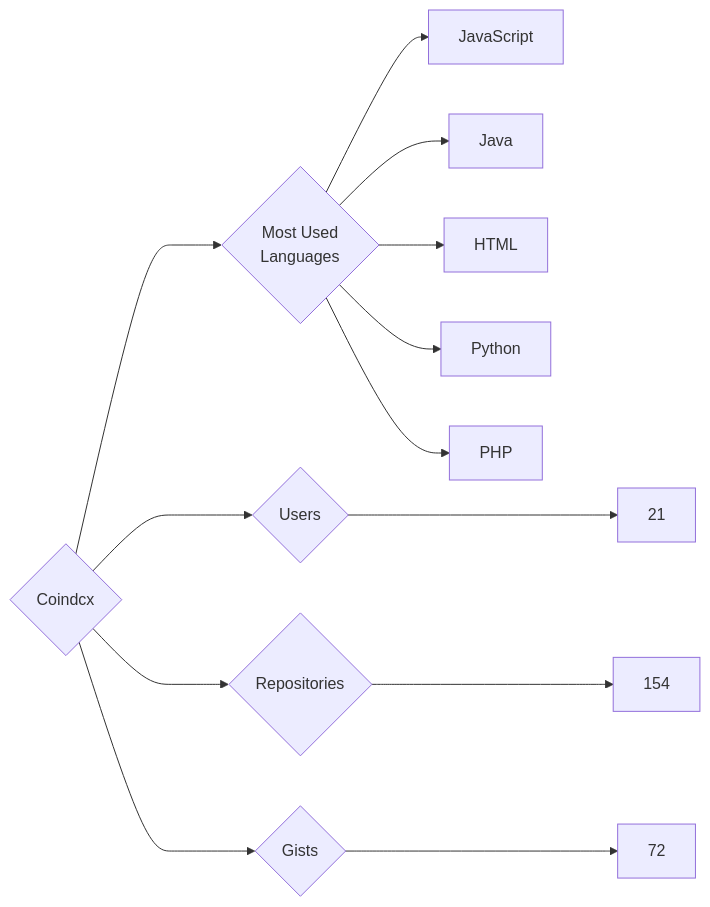
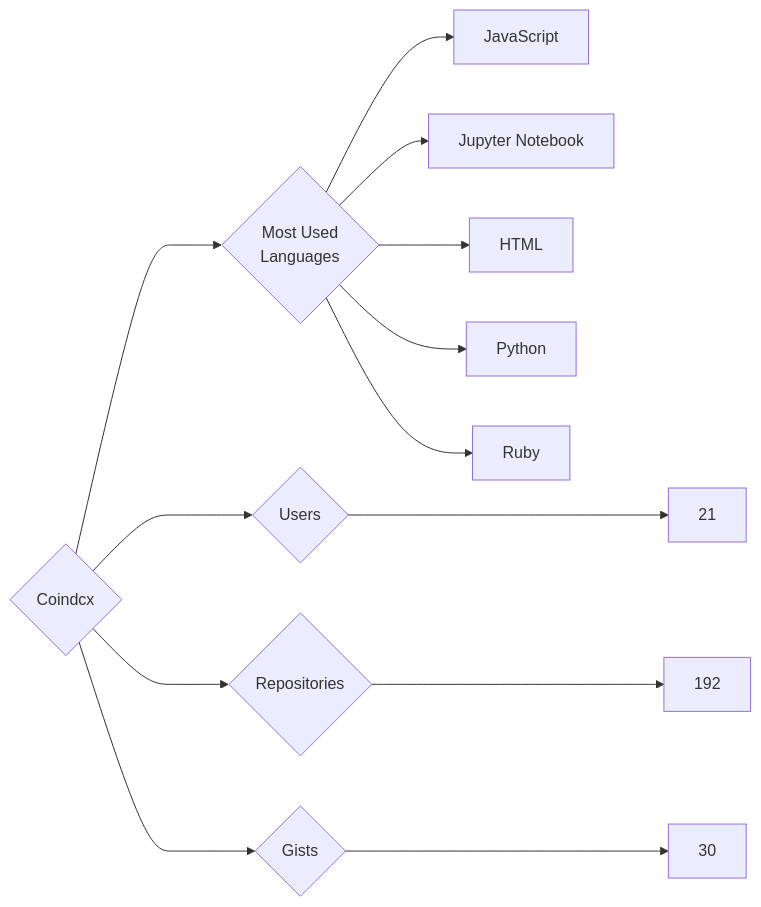
Before and after one commit to trickest/insiders: the diagram in targets/Coindcx/README.md, drawn with Mermaid. The commit also changed 721 other files, not shown here.

````diff
--- a/targets/Coindcx/README.md
+++ b/targets/Coindcx/README.md
@@ -3,13 +3,13 @@
 ```mermaid
 graph LR
 COMPANY_NAME{Coindcx}
 COMPANY_NAME ---> U{Users} ---> UN[21]
-COMPANY_NAME ---> R{Repositories} ---> RN[154]
-COMPANY_NAME ---> G{Gists} ---> GN[72]
+COMPANY_NAME ---> R{Repositories} ---> RN[192]
+COMPANY_NAME ---> G{Gists} ---> GN[30]
 COMPANY_NAME ---> ML{Most Used<br>Languages}
 ML --> JavaScript[JavaScript]
-ML --> Java[Java]
+ML --> Jupyter_Notebook[Jupyter Notebook]
 ML --> HTML[HTML]
 ML --> Python[Python]
-ML --> PHP[PHP]
+ML --> Ruby[Ruby]
 ```
````
